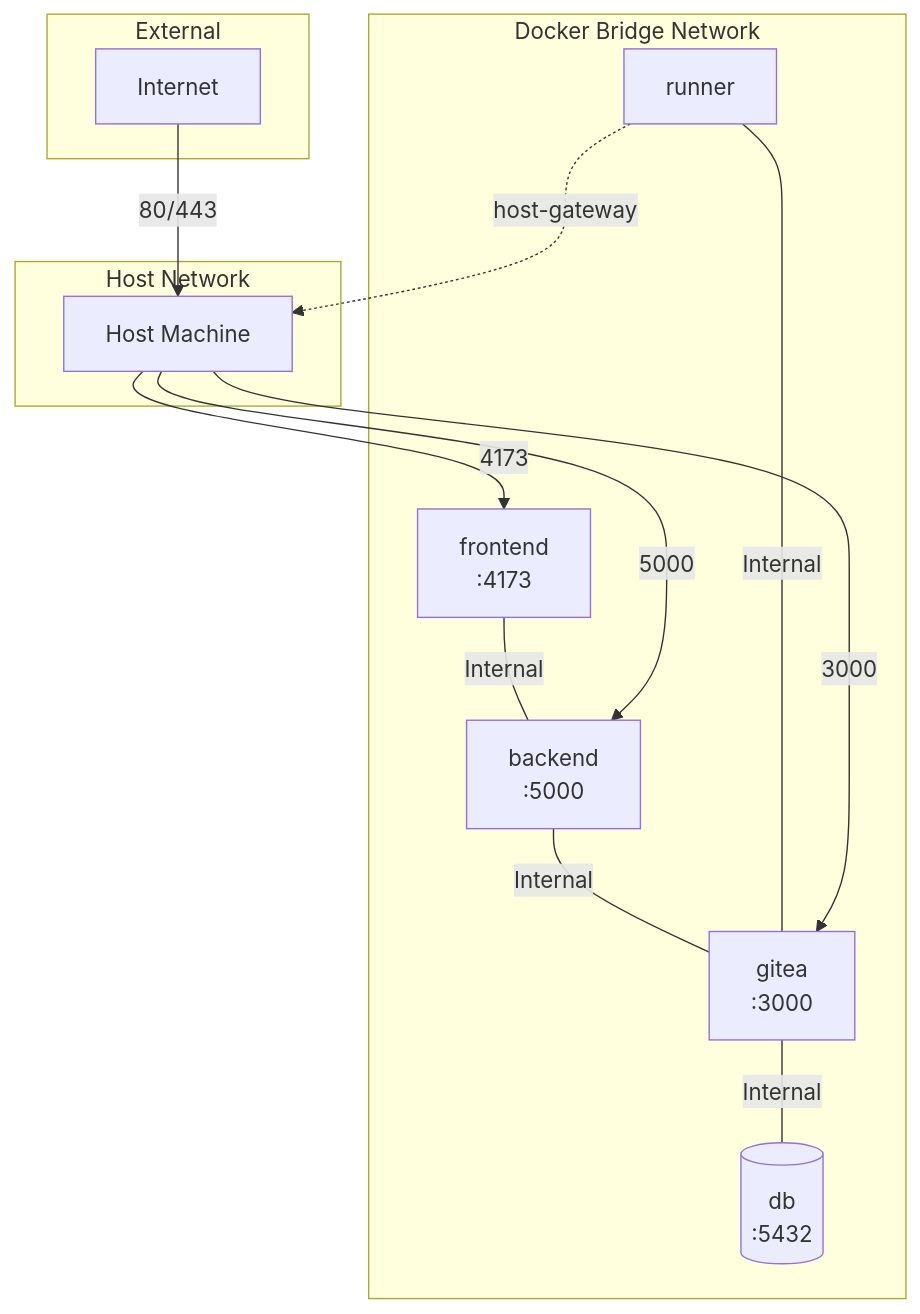
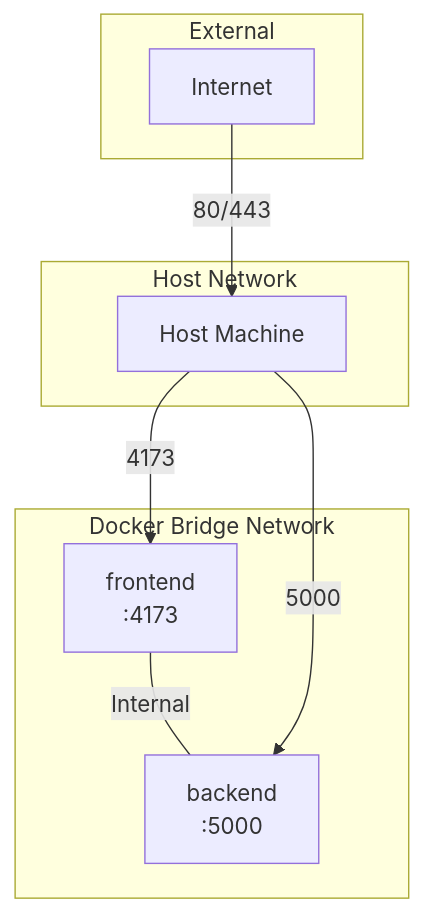
One commit to marine-term-translations/mtt-self-host-platform changed the fifth of 6 diagrams in ARCHITECTURE.md. Above: the diagram before and after it, drawn with Mermaid. The commit also changed other lines of this file and 2 other files, not shown here.

Commit message:
Update README, ARCHITECTURE, and SETUP docs to reflect simplified 2-service architecture

````diff
--- a/ARCHITECTURE.md
+++ b/ARCHITECTURE.md
@@ -324,29 +279,21 @@
 ```mermaid
 graph TB
     subgraph "Docker Bridge Network"
         FE[frontend<br/>:4173]
         BE[backend<br/>:5000]
-        G[gitea<br/>:3000]
-        DB[(db<br/>:5432)]
-        R[runner]
     end
 
     subgraph "Host Network"
         H[Host Machine]
     end
 
     subgraph "External"
         I[Internet]
     end
 
     FE ---|Internal| BE
-    BE ---|Internal| G
-    G ---|Internal| DB
-    R ---|Internal| G
-    R -.->|host-gateway| H
 
-    H -->|3000| G
     H -->|4173| FE
     H -->|5000| BE
     I -->|80/443| H
 ```
````
